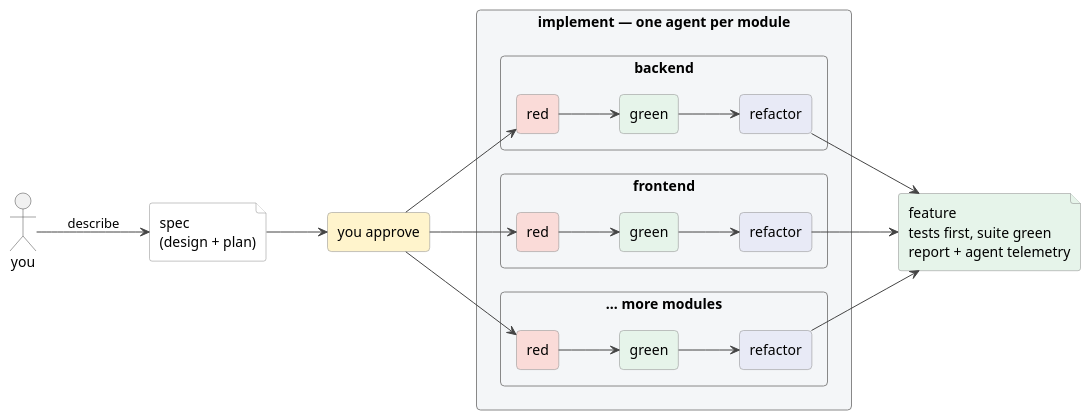
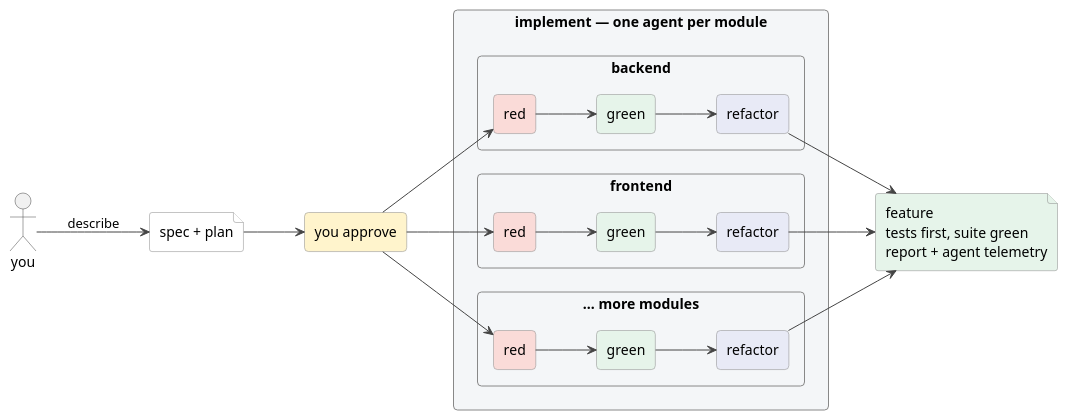
Before and after one commit to ds-usova/tdd-sdlc: the diagram in docs/diagrams/hero.puml, drawn with PlantUML. The commit also changed 58 other files, not shown here.

```diff
--- a/docs/diagrams/hero.puml
+++ b/docs/diagrams/hero.puml
@@ -1,57 +1,57 @@
 @startuml hero
 skinparam defaultFontName Helvetica
 skinparam shadowing false
 skinparam ArrowColor #444
 skinparam rectangle {
   BackgroundColor #F4F6F8
   BorderColor #888
   RoundCorner 8
 }
 skinparam file {
   BackgroundColor #FFFFFF
   BorderColor #888
 }
 skinparam actor {
   BorderColor #444
 }
 left to right direction
 
 actor "you" as U
-file "spec\n(design + plan)" as S
+file "spec + plan" as S
 rectangle "you approve" as A #FFF4CC
 
 rectangle "implement — one agent per module" as I {
   rectangle "backend" as B {
     rectangle "red" as BR #FADBD8
     rectangle "green" as BG #E6F4EA
     rectangle "refactor" as BF #E8EAF6
     BR -->BG
     BG -->BF
   }
   rectangle "frontend" as F {
     rectangle "red" as FR #FADBD8
     rectangle "green" as FG #E6F4EA
     rectangle "refactor" as FF #E8EAF6
     FR -->FG
     FG -->FF
   }
   rectangle "… more modules" as M {
     rectangle "red" as MR #FADBD8
     rectangle "green" as MG #E6F4EA
     rectangle "refactor" as MF #E8EAF6
     MR -->MG
     MG -->MF
   }
 }
 
 file "feature\ntests first, suite green\nreport + agent telemetry" as R #E6F4EA
 
 U --> S : describe
 S --> A
 A --> BR
 A --> FR
 A --> MR
 BF --> R
 FF --> R
 MF --> R
 @enduml
```
